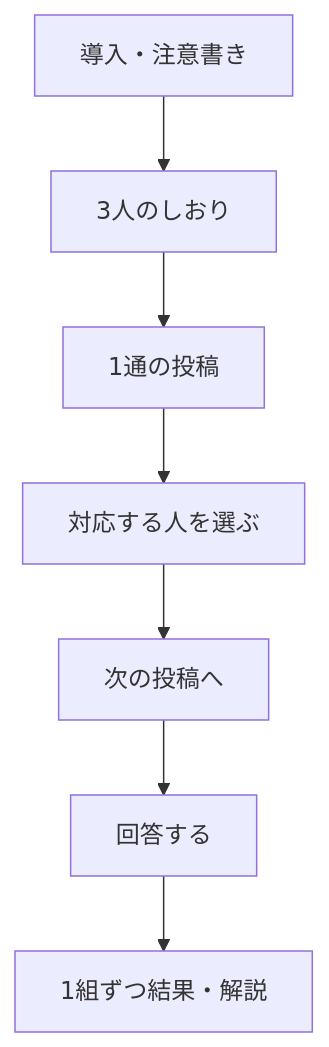
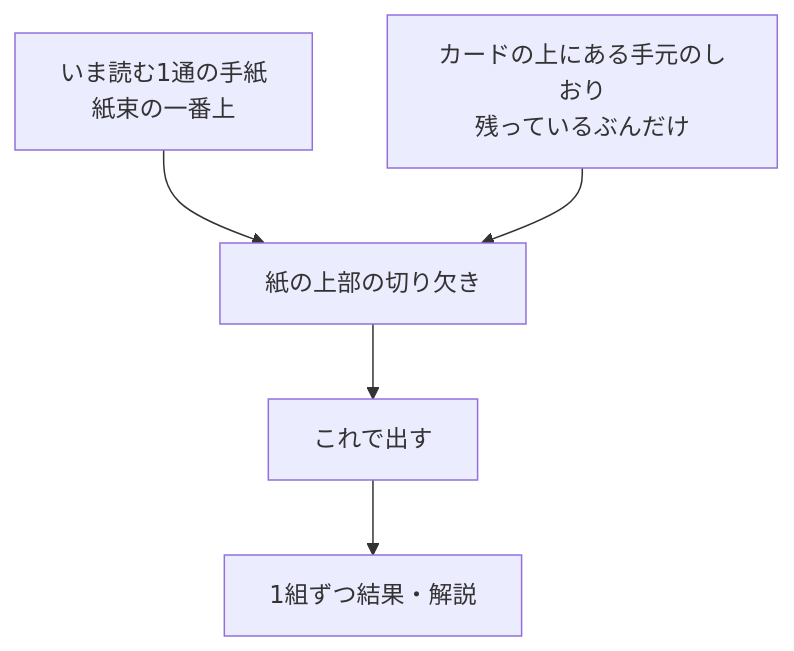
One commit to Digix00/58-Hackathon-202609 changed the diagram in docs/requirements/screens/quiz.md. Above: the diagram before and after it, drawn with Mermaid. The commit also changed other lines of this file and 56 other files, not shown here.

````diff
--- a/docs/requirements/screens/quiz.md
+++ b/docs/requirements/screens/quiz.md
@@ -13,12 +13,12 @@
 ```mermaid
 flowchart TB
-  Guide["導入・注意書き"]
-  Participants["3人のしおり"]
-  Post["1通の投稿"]
-  Answer["対応する人を選ぶ"]
-  Next["次の投稿へ"]
-  Submit["回答する"]
+  Letter["いま読む1通の手紙<br/>紙束の一番上"]
+  Slot["紙の上部の切り欠き"]
+  Tray["カードの上にある手元のしおり<br/>残っているぶんだけ"]
+  Send["これで出す"]
   Result["1組ずつ結果・解説"]
 
-  Guide --> Participants --> Post --> Answer --> Next --> Submit --> Result
+  Letter --> Slot
+  Tray --> Slot
+  Slot --> Send --> Result
 ```
````
